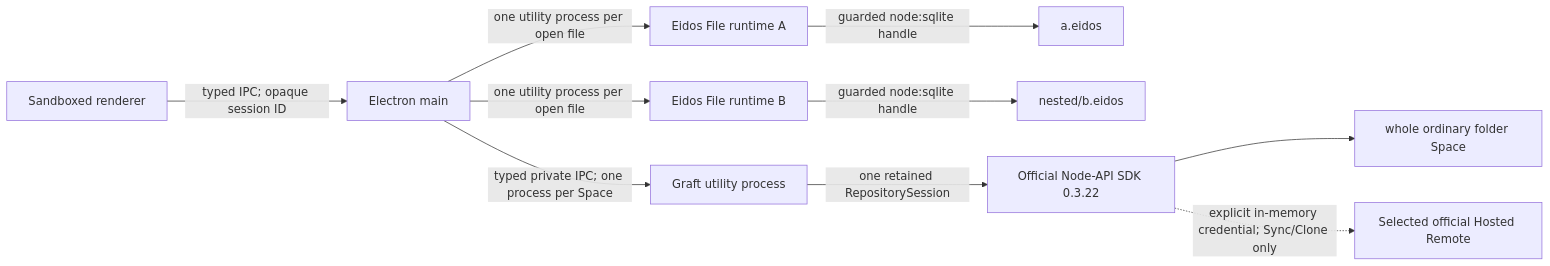
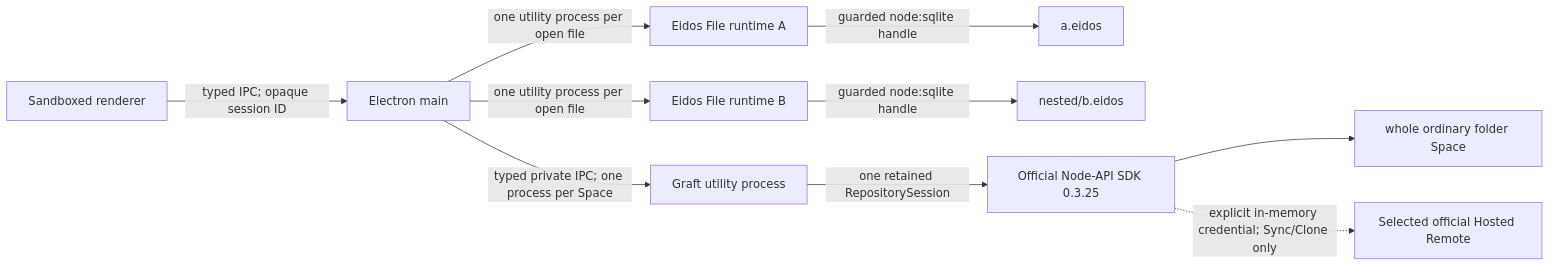
One commit to mayneyao/eidos changed the first of 3 diagrams in apps/eidos-lite-desktop/docs/ARCHITECTURE.md. Above: the diagram before and after it, drawn with Mermaid. The commit also changed other lines of this file and 12 other files, not shown here.

````diff
--- a/apps/eidos-lite-desktop/docs/ARCHITECTURE.md
+++ b/apps/eidos-lite-desktop/docs/ARCHITECTURE.md
@@ -58,12 +58,12 @@
 ```mermaid
 flowchart LR
   R["Sandboxed renderer"] -->|"typed IPC; opaque session ID"| M["Electron main"]
   M -->|"one utility process per open file"| F1["Eidos File runtime A"]
   M -->|"one utility process per open file"| F2["Eidos File runtime B"]
   F1 -->|"guarded node:sqlite handle"| E1["a.eidos"]
   F2 -->|"guarded node:sqlite handle"| E2["nested/b.eidos"]
   M -->|"typed private IPC; one process per Space"| G["Graft utility process"]
-  G -->|"one retained RepositorySession"| N["Official Node-API SDK 0.3.22"]
+  G -->|"one retained RepositorySession"| N["Official Node-API SDK 0.3.25"]
   N --> S["whole ordinary folder Space"]
   N -. "explicit in-memory credential; Sync/Clone only" .-> H["Selected official Hosted Remote"]
 ```
````
